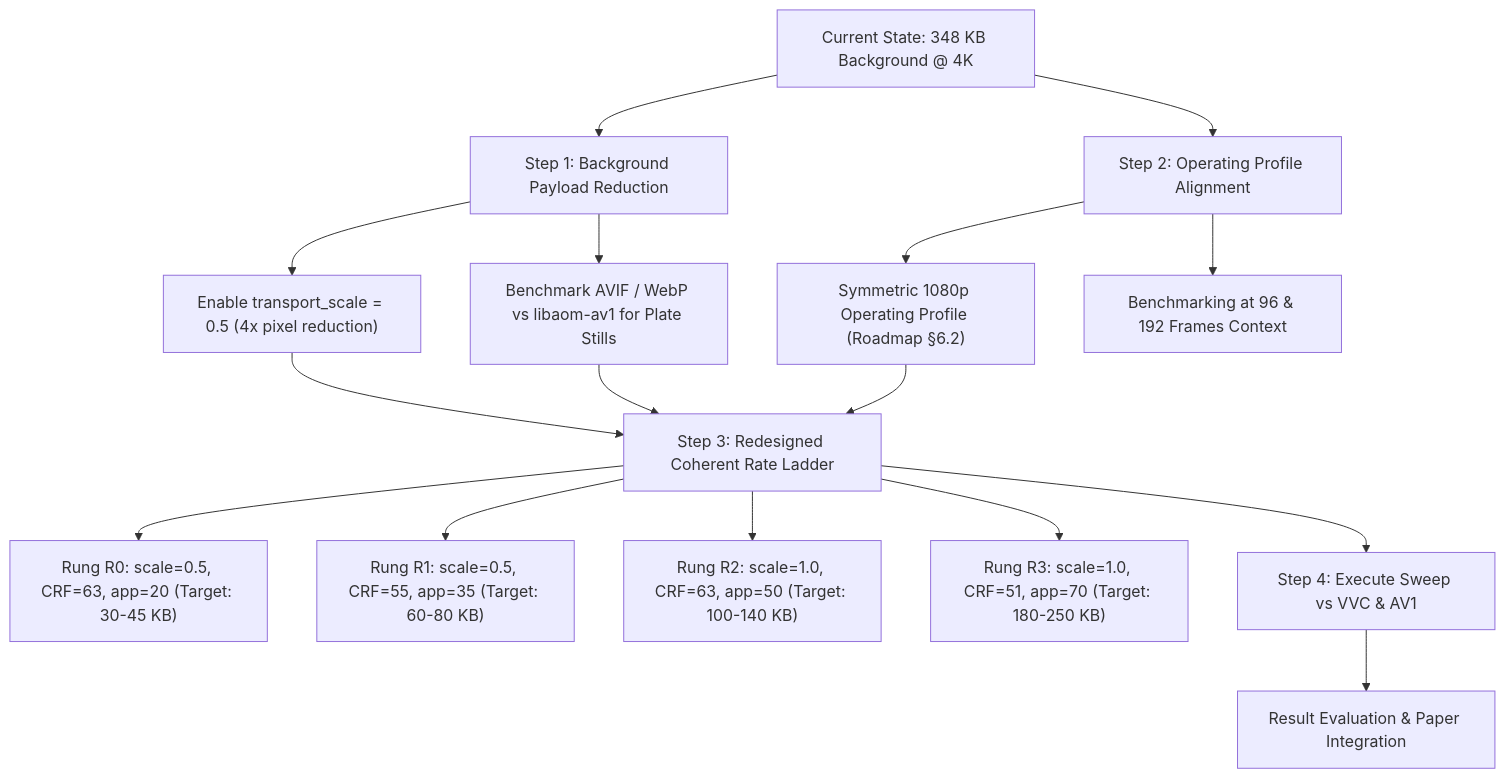
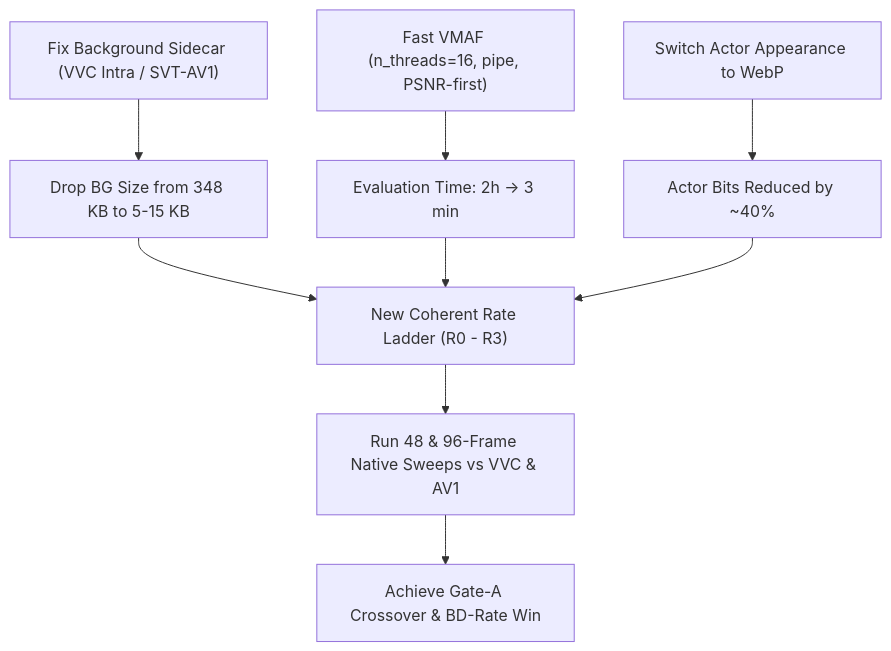
One commit to emanuele-artioli/PointStream changed the diagram in plans/PLAN-GATE-A-COMPETITIVE-REGIME.md. Above: the diagram before and after it, drawn with Mermaid. The commit also changed other lines of this file, not shown here.

Commit message:
docs(plan): revise competitive regime plan with empirical VVC background benchmark and fast evaluation (#71)

````diff
--- a/plans/PLAN-GATE-A-COMPETITIVE-REGIME.md
+++ b/plans/PLAN-GATE-A-COMPETITIVE-REGIME.md
@@ -74,21 +90,13 @@
 ```mermaid
 flowchart TD
-    A["Current State: 348 KB Background @ 4K"] --> B["Step 1: Background Payload Reduction"]
-    B --> B1["Enable transport_scale = 0.5 (4x pixel reduction)"]
-    B --> B2["Benchmark AVIF / WebP vs libaom-av1 for Plate Stills"]
+    A["Fix Background Sidecar (VVC Intra / SVT-AV1)"] --> B["Drop BG Size from 348 KB to 5-15 KB"]
+    C["Fast VMAF (n_threads=16, pipe, PSNR-first)"] --> D["Evaluation Time: 2h -> 3 min"]
+    E["Switch Actor Appearance to WebP"] --> F["Actor Bits Reduced by ~40%"]
     
-    A --> C["Step 2: Operating Profile Alignment"]
-    C --> C1["Symmetric 1080p Operating Profile (Roadmap §6.2)"]
-    C --> C2["Benchmarking at 96 & 192 Frames Context"]
-
-    B1 --> D["Step 3: Redesigned Coherent Rate Ladder"]
-    B2 --> D
-    C1 --> D
-    D --> D1["Rung R0: scale=0.5, CRF=63, app=20 (Target: 30-45 KB)"]
-    D --> D2["Rung R1: scale=0.5, CRF=55, app=35 (Target: 60-80 KB)"]
-    D --> D3["Rung R2: scale=1.0, CRF=63, app=50 (Target: 100-140 KB)"]
-    D --> D4["Rung R3: scale=1.0, CRF=51, app=70 (Target: 180-250 KB)"]
-
-    D --> E["Step 4: Execute Sweep vs VVC & AV1"]
-    E --> F["Result Evaluation & Paper Integration"]
+    B --> G["New Coherent Rate Ladder (R0 - R3)"]
+    D --> G
+    F --> G
+    
+    G --> H["Run 48 & 96-Frame Native Sweeps vs VVC & AV1"]
+    H --> I["Achieve Gate-A Crossover & BD-Rate Win"]
 ```
````
